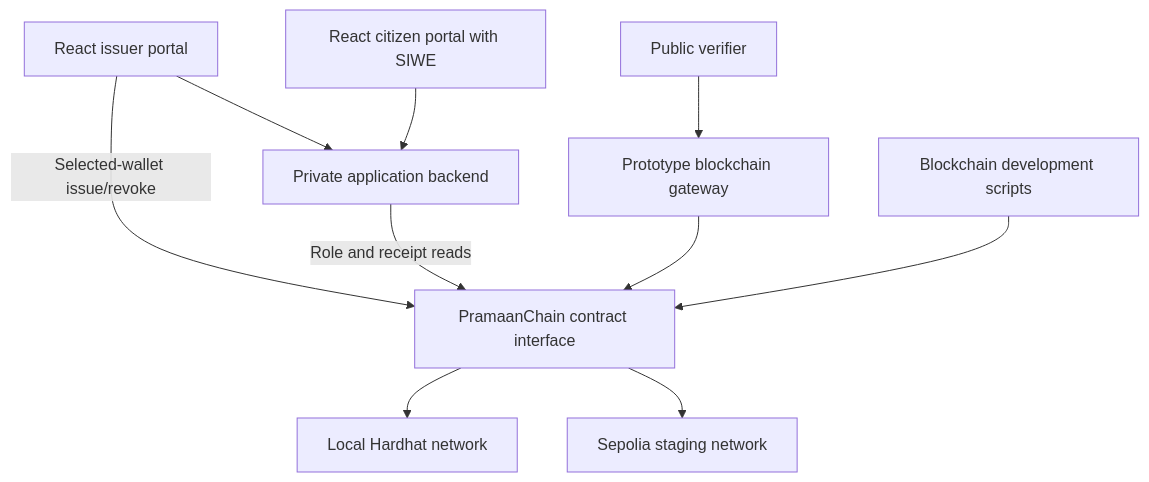
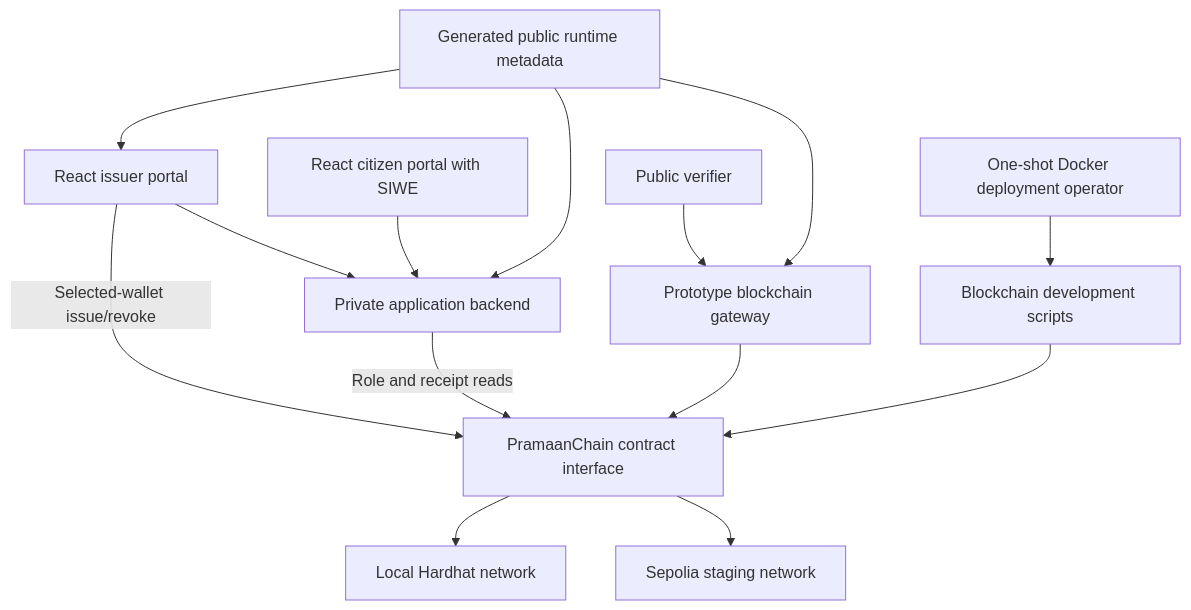
The first of 7 diagrams in docs/system-architecture.md (prabinpkrl/pramaan-chain-smart-contracts), drawn with Mermaid before and after one commit. The commit also changed other lines of this file and 38 other files, not shown here.

Commit message:
feat: harden Docker deployment workflow

````diff
--- a/docs/system-architecture.md
+++ b/docs/system-architecture.md
@@ -95,12 +98,16 @@
 ```mermaid
 flowchart TD
     IP["React issuer portal"] --> APP["Private application backend"]
     IP -->|"Selected-wallet issue/revoke"| SC["PramaanChain contract interface"]
     VA["Public verifier"] --> BE["Prototype blockchain gateway"]
     CW["React citizen portal with SIWE"] --> APP
     APP -->|"Role and receipt reads"| SC
     BE --> SC
     DEV["Blockchain development scripts"] --> SC
+    DOP["One-shot Docker deployment operator"] --> DEV
+    DR["Generated public runtime metadata"] --> BE
+    DR --> APP
+    DR --> IP
     SC --> LOCAL["Local Hardhat network"]
     SC --> SEP["Sepolia staging network"]
 ```
````
